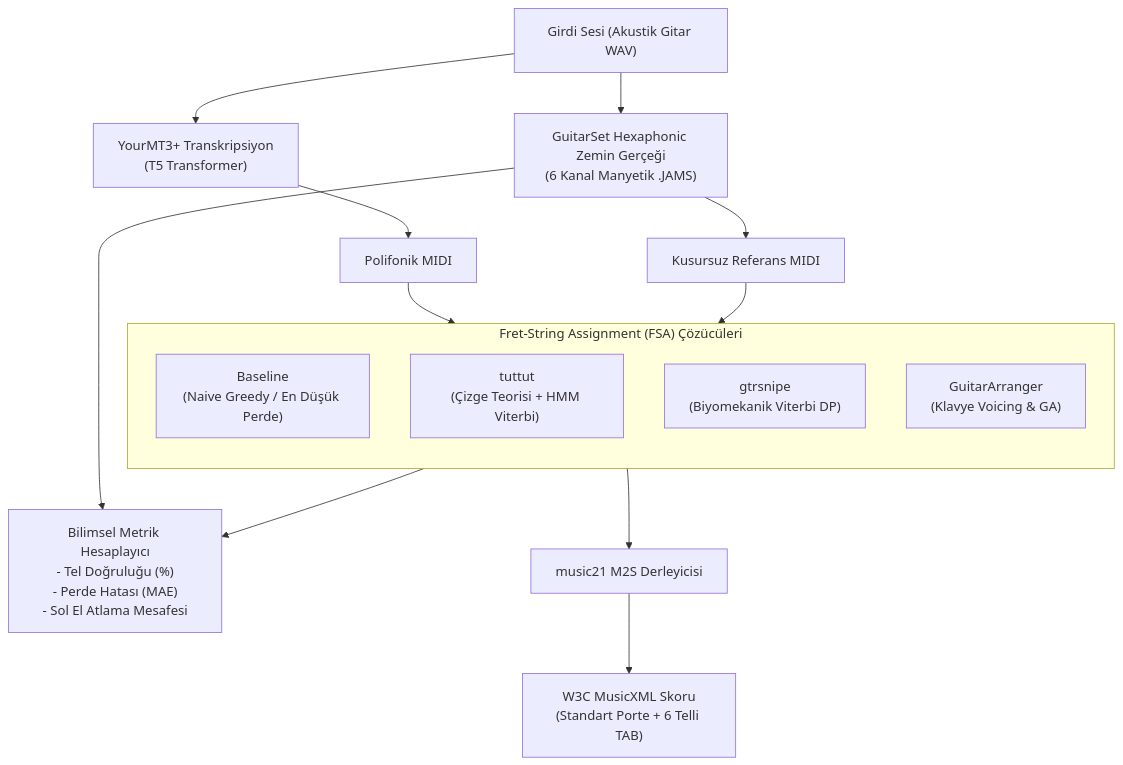
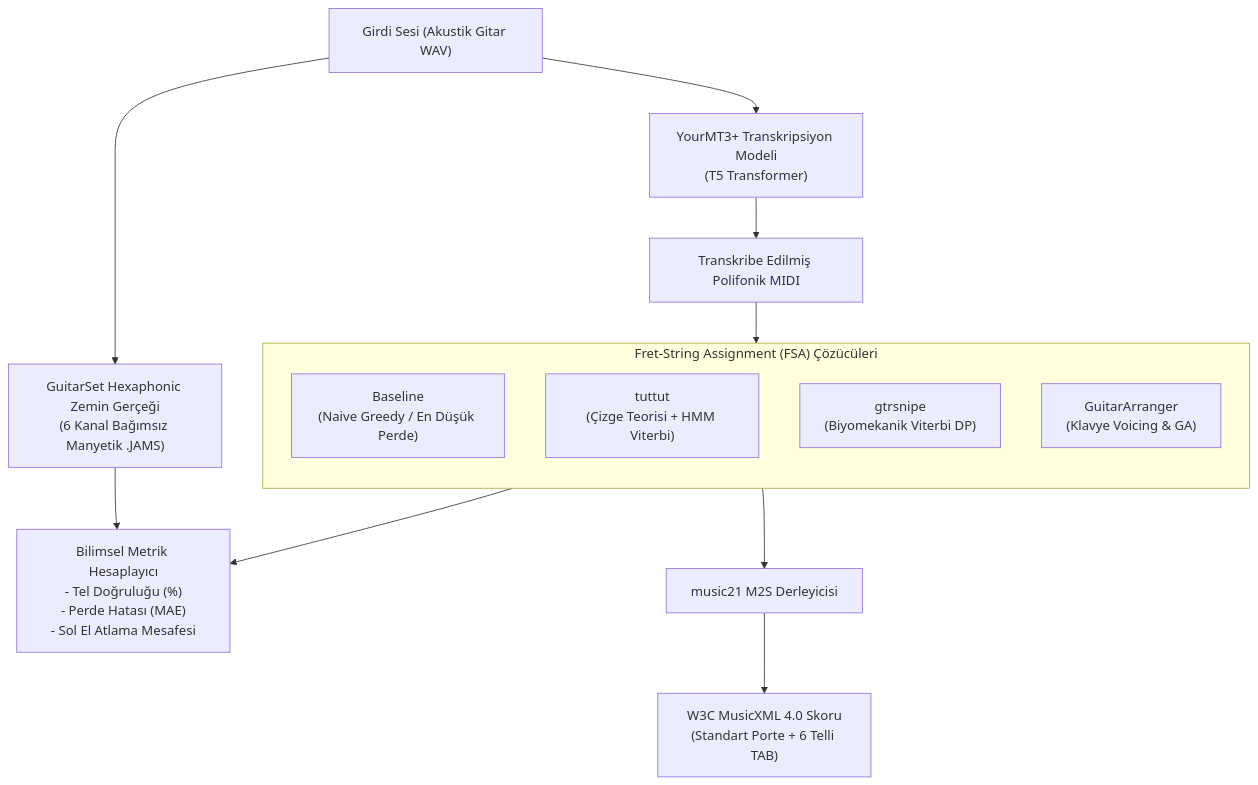
Before and after one commit to caglarbilgehan/articles: the diagram in music/02-guitar-m2s-fsa-benchmark/ARTICLE-TR.md, drawn with Mermaid. The commit also changed other lines of this file and 8 other files, not shown here.

````diff
--- a/music/02-guitar-m2s-fsa-benchmark/ARTICLE-TR.md
+++ b/music/02-guitar-m2s-fsa-benchmark/ARTICLE-TR.md
@@ -64,25 +60,23 @@
 ```mermaid
 flowchart TD
-    Audio["Girdi Sesi (Akustik Gitar WAV)"] --> AMT["YourMT3+ Transkripsiyon\n(T5 Transformer)"]
-    Audio --> GT["GuitarSet Hexaphonic Zemin Gerçeği\n(6 Kanal Manyetik .JAMS)"]
+    Audio["Girdi Sesi (Akustik Gitar WAV)"] --> AMT["YourMT3+ Transkripsiyon Modeli\n(T5 Transformer)"]
+    Audio --> GT["GuitarSet Hexaphonic Zemin Gerçeği\n(6 Kanal Bağımsız Manyetik .JAMS)"]
     
-    AMT --> MIDI["Polifonik MIDI"]
-    GT --> RefMIDI["Kusursuz Referans MIDI"]
+    AMT --> MIDI["Transkribe Edilmiş Polifonik MIDI"]
 
     subgraph FSA_Motorlari["Fret-String Assignment (FSA) Çözücüleri"]
         direction TB
         E1["Baseline\n(Naive Greedy / En Düşük Perde)"]
         E2["tuttut\n(Çizge Teorisi + HMM Viterbi)"]
         E3["gtrsnipe\n(Biyomekanik Viterbi DP)"]
         E4["GuitarArranger\n(Klavye Voicing & GA)"]
     end
 
     MIDI --> FSA_Motorlari
-    RefMIDI --> FSA_Motorlari
 
     FSA_Motorlari --> Evaluator["Bilimsel Metrik Hesaplayıcı\n- Tel Doğruluğu (%)\n- Perde Hatası (MAE)\n- Sol El Atlama Mesafesi"]
     GT --> Evaluator
 
     FSA_Motorlari --> M2S["music21 M2S Derleyicisi"]
-    M2S --> Output["W3C MusicXML Skoru\n(Standart Porte + 6 Telli TAB)"]
+    M2S --> Output["W3C MusicXML 4.0 Skoru\n(Standart Porte + 6 Telli TAB)"]
 ```
````
